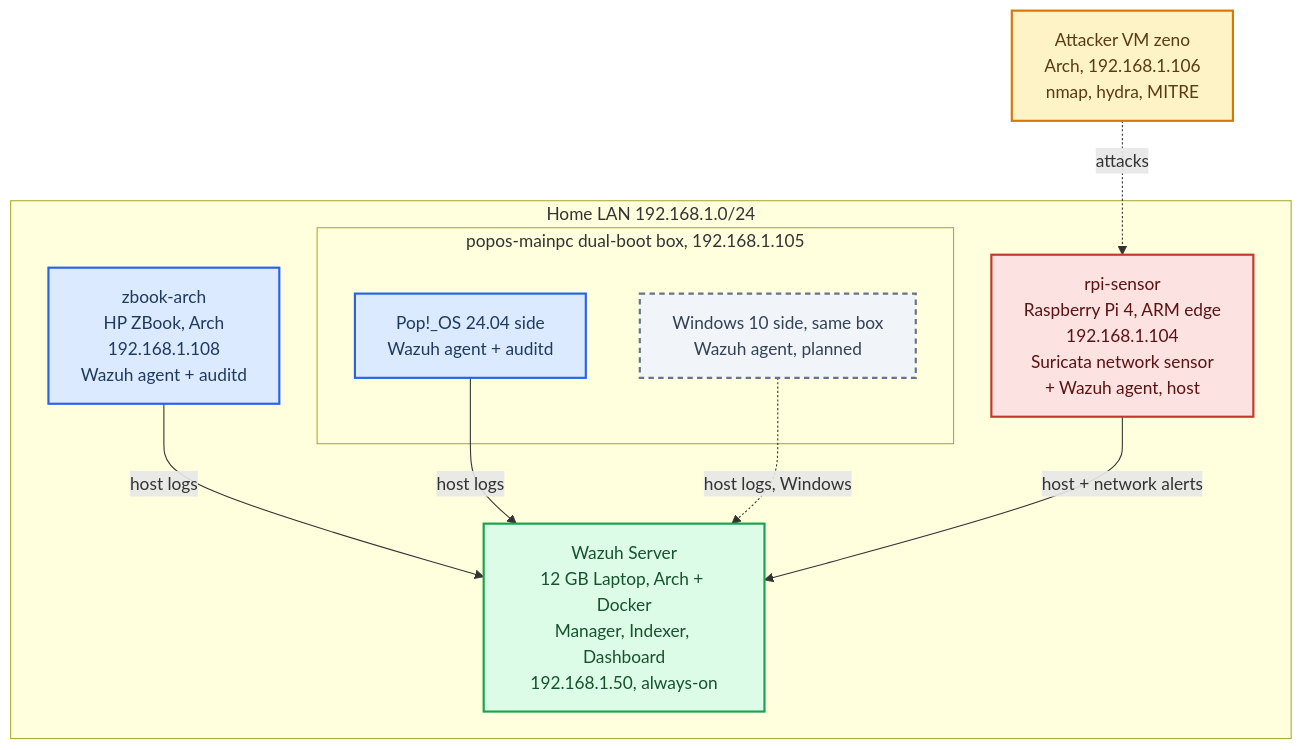
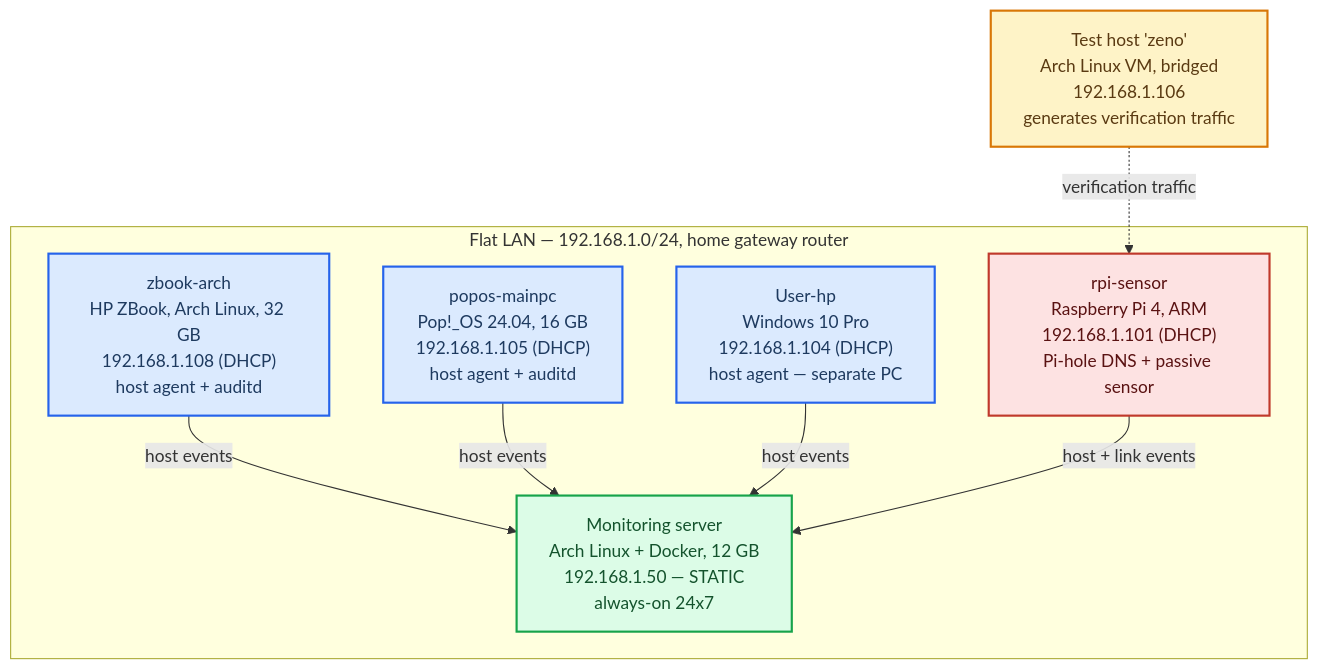
The diagram in README.md (sakib2588/network-ops-lab), drawn with Mermaid before and after one commit. The commit also changed other lines of this file and 2 other files, not shown here.

First line of the commit message:
docs: reframe repo front door as network operations lab

````diff
--- a/README.md
+++ b/README.md
@@ -17,30 +14,26 @@
 ```mermaid
 flowchart TB
-    attacker["Attacker VM zeno<br/>Arch, 192.168.1.106<br/>nmap, hydra, MITRE"]
-    subgraph net["Home LAN 192.168.1.0/24"]
-        server["Wazuh Server<br/>12 GB Laptop, Arch + Docker<br/>Manager, Indexer, Dashboard<br/>192.168.1.50, always-on"]
-        zbook["zbook-arch<br/>HP ZBook, Arch<br/>192.168.1.108<br/>Wazuh agent + auditd"]
-        subgraph dual["popos-mainpc dual-boot box, 192.168.1.105"]
-            popos["Pop!_OS 24.04 side<br/>Wazuh agent + auditd"]
-            win["Windows 10 side, same box<br/>Wazuh agent, planned"]
-        end
-        pi["rpi-sensor<br/>Raspberry Pi 4, ARM edge<br/>192.168.1.104<br/>Suricata network sensor<br/>+ Wazuh agent, host"]
+    test["Test host 'zeno'<br/>Arch Linux VM, bridged<br/>192.168.1.106<br/>generates verification traffic"]
+    subgraph net["Flat LAN — 192.168.1.0/24, home gateway router"]
+        server["Monitoring server<br/>Arch Linux + Docker, 12 GB<br/>192.168.1.50 — STATIC<br/>always-on 24x7"]
+        zbook["zbook-arch<br/>HP ZBook, Arch Linux, 32 GB<br/>192.168.1.108 (DHCP)<br/>host agent + auditd"]
+        popos["popos-mainpc<br/>Pop!_OS 24.04, 16 GB<br/>192.168.1.105 (DHCP)<br/>host agent + auditd"]
+        win["User-hp<br/>Windows 10 Pro<br/>192.168.1.104 (DHCP)<br/>host agent — separate PC"]
+        pi["rpi-sensor<br/>Raspberry Pi 4, ARM<br/>192.168.1.101 (DHCP)<br/>Pi-hole DNS + passive sensor"]
     end
 
-    attacker -. "attacks" .-> pi
-    zbook -- "host logs" --> server
-    popos -- "host logs" --> server
-    win -. "host logs, Windows" .-> server
-    pi -- "host + network alerts" --> server
+    test -. "verification traffic" .-> pi
+    zbook -- "host events" --> server
+    popos -- "host events" --> server
+    win -- "host events" --> server
+    pi -- "host + link events" --> server
 
     classDef srv fill:#dcfce7,stroke:#16a34a,stroke-width:2px,color:#14532d
     classDef agt fill:#dbeafe,stroke:#2563eb,stroke-width:2px,color:#1e3a5f
     classDef sensor fill:#fde2e2,stroke:#c0392b,stroke-width:2px,color:#5a1212
-    classDef atk fill:#fef3c7,stroke:#d97706,stroke-width:2px,color:#5a3a12
-    classDef planned fill:#f1f5f9,stroke:#64748b,stroke-width:2px,stroke-dasharray:5 4,color:#334155
+    classDef tst fill:#fef3c7,stroke:#d97706,stroke-width:2px,color:#5a3a12
     class server srv
-    class zbook,popos agt
+    class zbook,popos,win agt
     class pi sensor
-    class attacker atk
-    class win planned
+    class test tst
 ```
````
